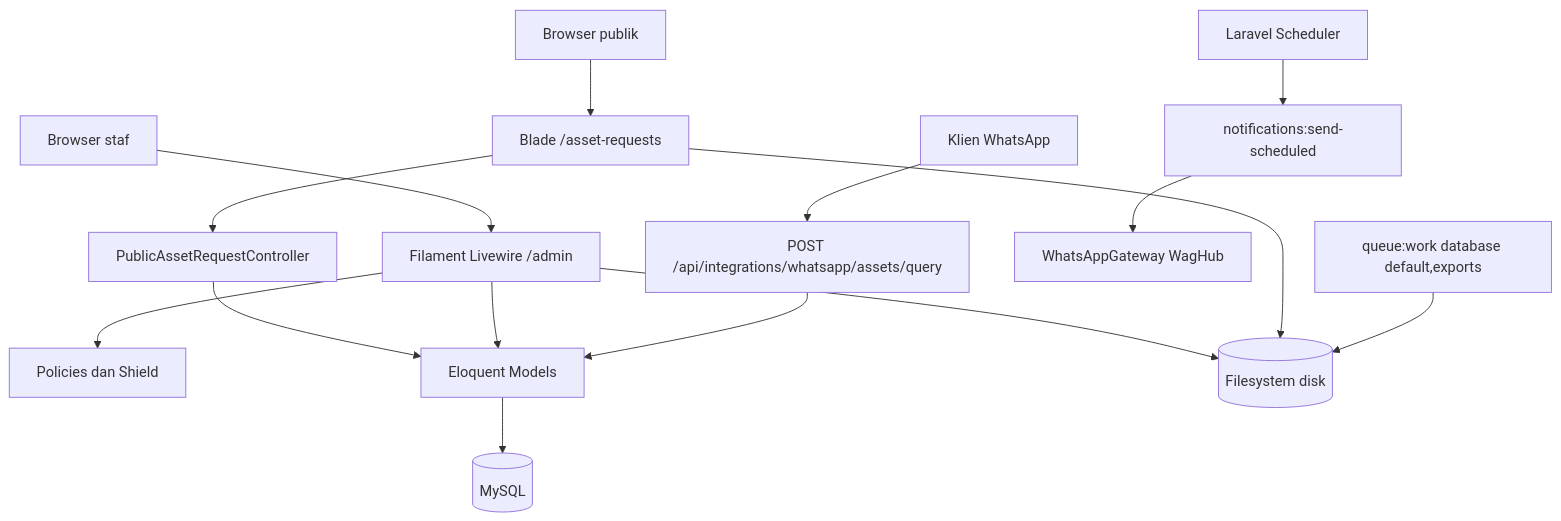
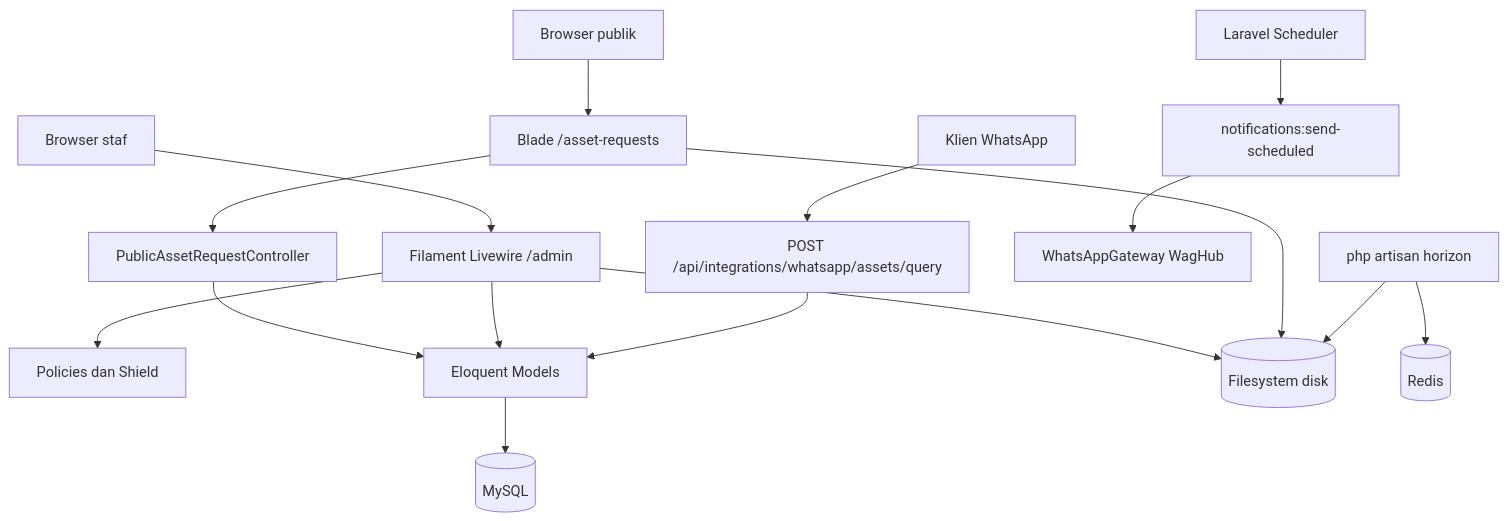
The second of 2 diagrams in README.md (oceanspacedev/shelf-web), drawn with Mermaid before and after one commit. The commit also changed other lines of this file and 14 other files, not shown here.

First line of the commit message:
Queue asset notifications and exports through Horizon.

````diff
--- a/README.md
+++ b/README.md
@@ -184,17 +184,18 @@
 ```mermaid
 flowchart TB
     Publik[Browser publik] --> Form[Blade /asset-requests]
     Staf[Browser staf] --> Filament[Filament Livewire /admin]
     Form --> PublicCtrl[PublicAssetRequestController]
     Filament --> Policies[Policies dan Shield]
     Scheduler[Laravel Scheduler] --> Notif[notifications:send-scheduled]
     WAClient[Klien WhatsApp] --> Query["POST /api/integrations/whatsapp/assets/query"]
     PublicCtrl --> Models[Eloquent Models]
     Filament --> Models
     Query --> Models
     Notif --> WA[WhatsAppGateway WagHub]
     Models --> DB[(MySQL)]
     Filament --> Files[(Filesystem disk)]
     Form --> Files
-    Worker["queue:work database default,exports"] --> Files
+    Worker["php artisan horizon"] --> Redis[(Redis)]
+    Worker --> Files
 ```
````
